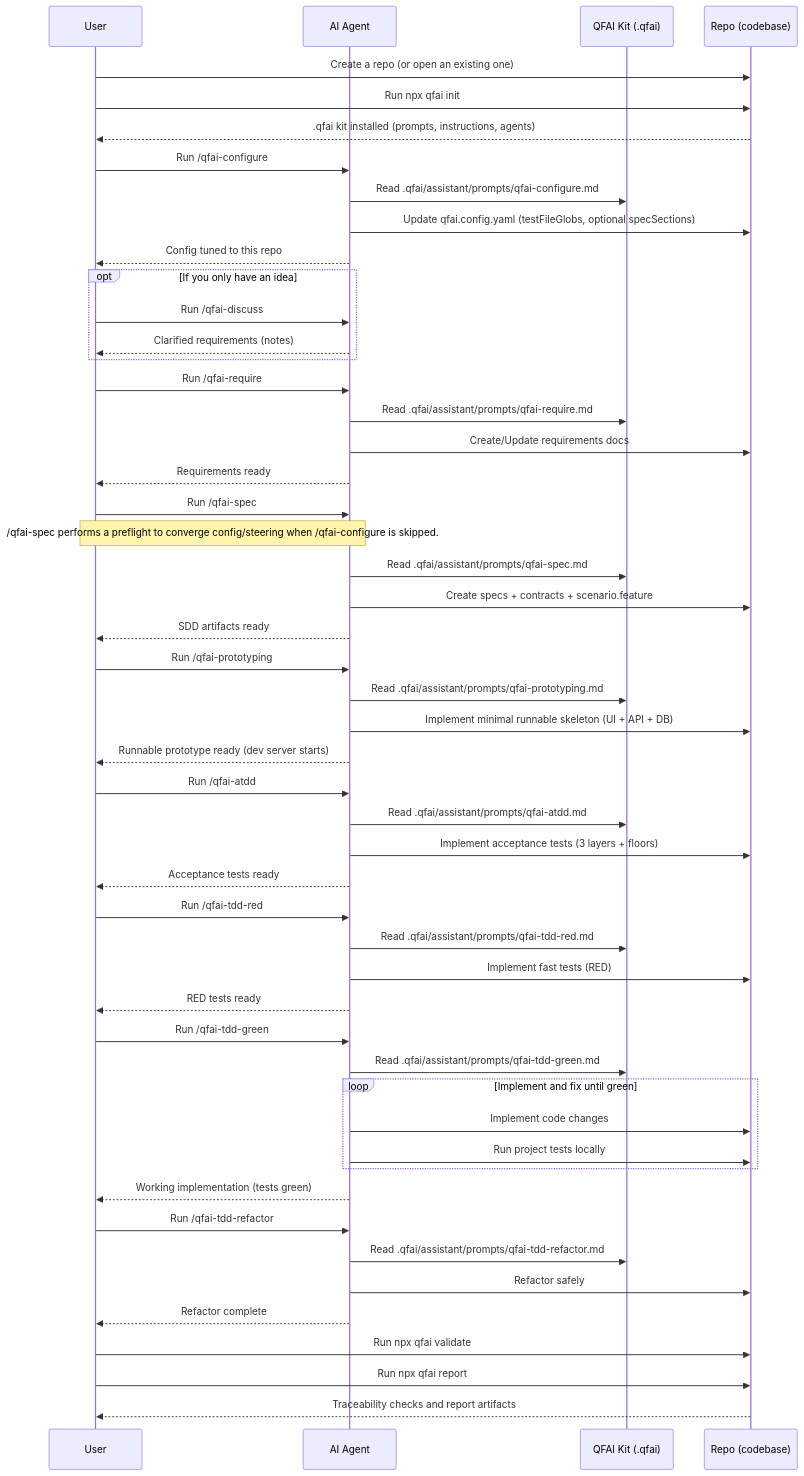
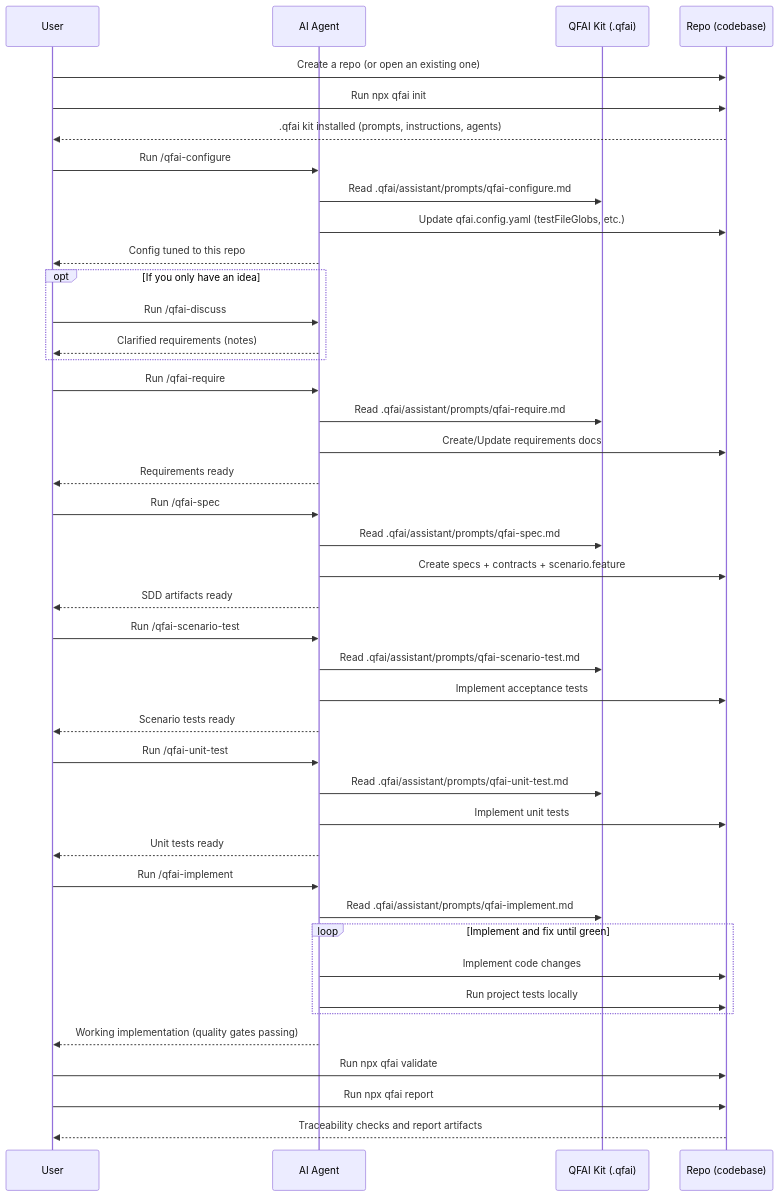
Before and after one commit to aganesy/QFAI: the diagram in README.md, drawn with Mermaid. The commit also changed other lines of this file and 1 other file, not shown here.

````diff
--- a/README.md
+++ b/README.md
@@ -76,64 +72,53 @@
 ```mermaid
 sequenceDiagram
 participant U as User
 participant AG as AI Agent
 participant Q as QFAI Kit (.qfai)
 participant R as Repo (codebase)
 
 U->>R: Create a repo (or open an existing one)
 U->>R: Run npx qfai init
 R-->>U: .qfai kit installed (prompts, instructions, agents)
 
 U->>AG: Run /qfai-configure
 AG->>Q: Read .qfai/assistant/prompts/qfai-configure.md
-AG->>R: Update qfai.config.yaml (testFileGlobs, optional specSections)
+AG->>R: Update qfai.config.yaml (testFileGlobs, etc.)
 AG-->>U: Config tuned to this repo
 
 opt If you only have an idea
 U->>AG: Run /qfai-discuss
 AG-->>U: Clarified requirements (notes)
 end
 
 U->>AG: Run /qfai-require
 AG->>Q: Read .qfai/assistant/prompts/qfai-require.md
 AG->>R: Create/Update requirements docs
 AG-->>U: Requirements ready
 
 U->>AG: Run /qfai-spec
-Note over U,AG: /qfai-spec performs a preflight to converge config/steering when /qfai-configure is skipped.
 AG->>Q: Read .qfai/assistant/prompts/qfai-spec.md
 AG->>R: Create specs + contracts + scenario.feature
 AG-->>U: SDD artifacts ready
 
-U->>AG: Run /qfai-prototyping
-AG->>Q: Read .qfai/assistant/prompts/qfai-prototyping.md
-AG->>R: Implement minimal runnable skeleton (UI + API + DB)
-AG-->>U: Runnable prototype ready (dev server starts)
+U->>AG: Run /qfai-scenario-test
+AG->>Q: Read .qfai/assistant/prompts/qfai-scenario-test.md
+AG->>R: Implement acceptance tests
+AG-->>U: Scenario tests ready
 
-U->>AG: Run /qfai-atdd
-AG->>Q: Read .qfai/assistant/prompts/qfai-atdd.md
-AG->>R: Implement acceptance tests (3 layers + floors)
-AG-->>U: Acceptance tests ready
+U->>AG: Run /qfai-unit-test
+AG->>Q: Read .qfai/assistant/prompts/qfai-unit-test.md
+AG->>R: Implement unit tests
+AG-->>U: Unit tests ready
 
-U->>AG: Run /qfai-tdd-red
-AG->>Q: Read .qfai/assistant/prompts/qfai-tdd-red.md
-AG->>R: Implement fast tests (RED)
-AG-->>U: RED tests ready
-
-U->>AG: Run /qfai-tdd-green
-AG->>Q: Read .qfai/assistant/prompts/qfai-tdd-green.md
+U->>AG: Run /qfai-implement
+AG->>Q: Read .qfai/assistant/prompts/qfai-implement.md
 loop Implement and fix until green
 AG->>R: Implement code changes
 AG->>R: Run project tests locally
 end
-AG-->>U: Working implementation (tests green)
-
-U->>AG: Run /qfai-tdd-refactor
-AG->>Q: Read .qfai/assistant/prompts/qfai-tdd-refactor.md
-AG->>R: Refactor safely
-AG-->>U: Refactor complete
+AG-->>U: Working implementation (quality gates passing)
 
 U->>R: Run npx qfai validate
 U->>R: Run npx qfai report
 R-->>U: Traceability checks and report artifacts
 ```
````
